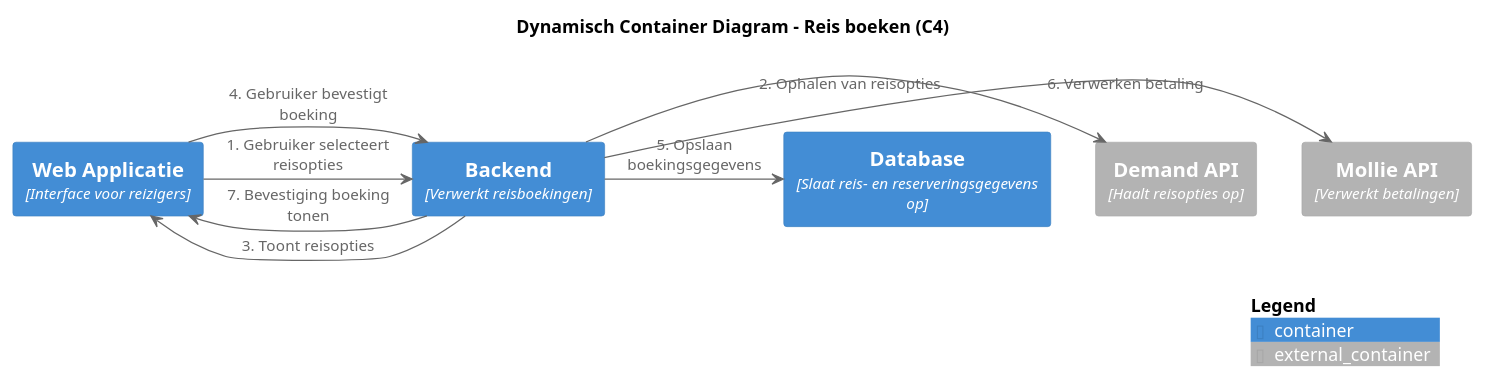
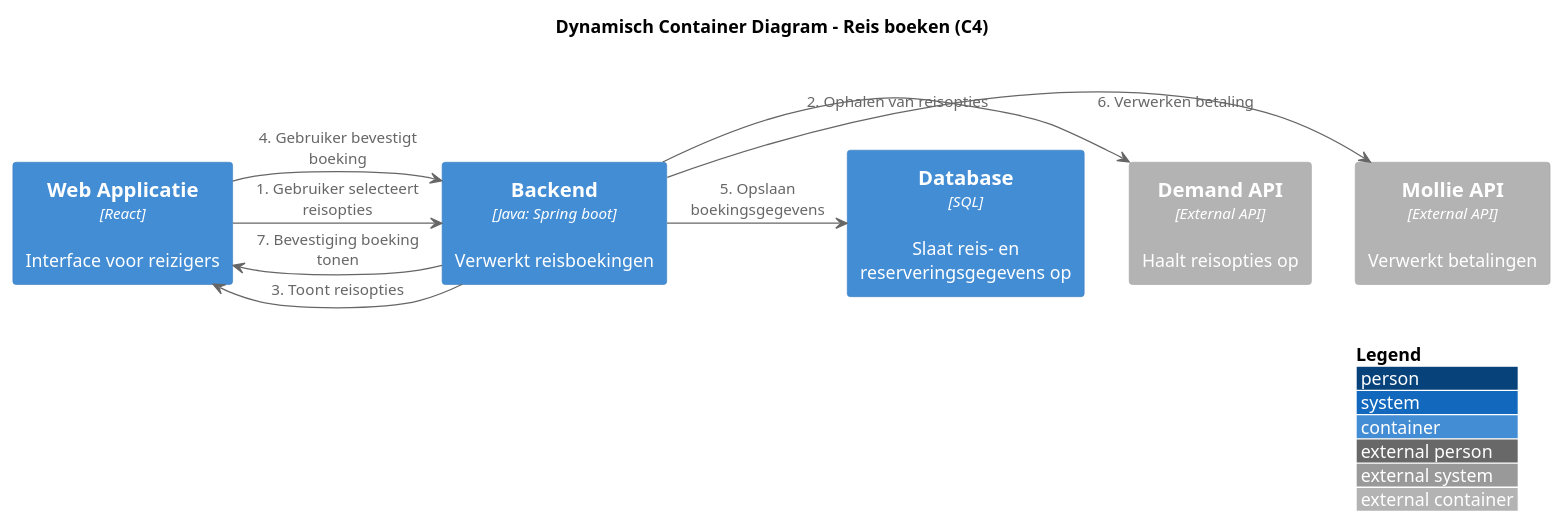
Before and after one commit to AIM-ENE-feb25/triptop-groep-b2: the second of 2 diagrams in dynamic-container-diagram.puml, drawn with PlantUML. The commit also changed other lines of this file and 4 other files, not shown here.

Commit message:
updated diagrams

```diff
--- a/dynamic-container-diagram.puml
+++ b/dynamic-container-diagram.puml
@@ -17,26 +18,24 @@
 @startuml Dynamic_Container_Booking
 !include https://raw.githubusercontent.com/plantuml-stdlib/C4-PlantUML/master/C4_Container.puml
 
 title Dynamisch Container Diagram - Reis boeken (C4)
+LAYOUT_WITH_LEGEND()
 
-Container(WebApp, "Web Applicatie", "Interface voor reizigers")
-Container(Backend, "Backend", "Verwerkt reisboekingen")
-Container(Database, "Database", "Slaat reis- en reserveringsgegevens op")
-Container_Ext(DemandAPI, "Demand API", "Haalt reisopties op")
-Container_Ext(MollieAPI, "Mollie API", "Verwerkt betalingen")
+Container(WebApp, "Web Applicatie", "React", "Interface voor reizigers")
+Container(Backend, "Backend", "Java: Spring boot", "Verwerkt reisboekingen")
+Container(Database, "Database", "SQL", "Slaat reis- en reserveringsgegevens op")
+Container_Ext(DemandAPI, "Demand API", "External API", "Haalt reisopties op")
+Container_Ext(MollieAPI, "Mollie API", "External API", "Verwerkt betalingen")
 
 'De pijlen vanaf de externe container combineren met die naar de externe containers, dus heb ik deze uitgezet.
 WebApp -> Backend : 1. Gebruiker selecteert reisopties
 Backend -> DemandAPI : 2. Ophalen van reisopties
 'Backend <- DemandAPI : 3. Retourneert beschikbare reizen
 Backend -> WebApp : 3. Toont reisopties
 
 WebApp -> Backend : 4. Gebruiker bevestigt boeking
 Backend -> Database : 5. Opslaan boekingsgegevens
 Backend -> MollieAPI : 6. Verwerken betaling
 'Backend <- MollieAPI : 8. Bevestiging betaling
 Backend -> WebApp : 7. Bevestiging boeking tonen
-
-SHOW_LEGEND(true)
-
 @enduml
```
